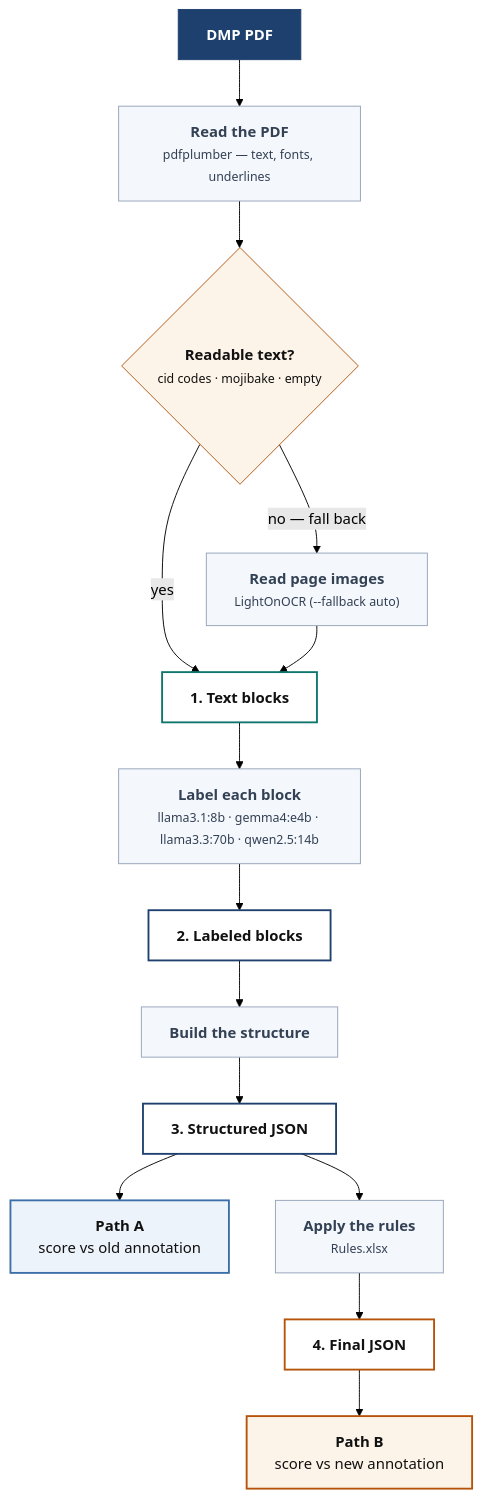
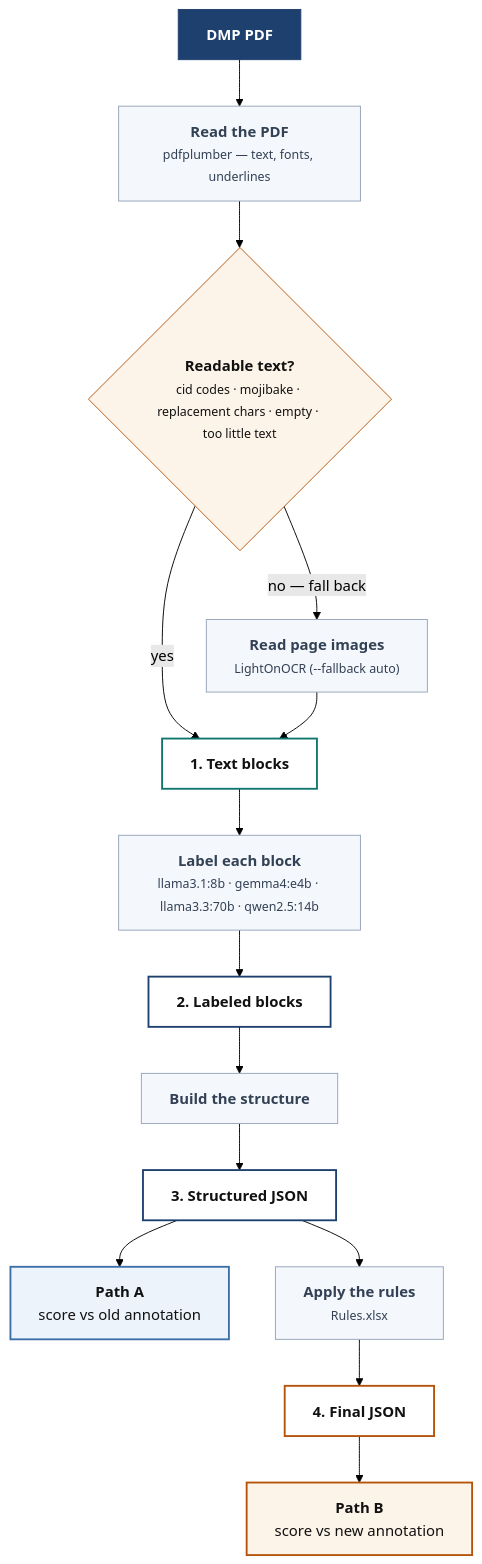
Before and after one commit to fairdataihub/dmpbridge: the diagram in README.md, drawn with Mermaid (forest theme). The commit also changed other lines of this file and 6 other files, not shown here.

````diff
--- a/README.md
+++ b/README.md
@@ -16,37 +16,37 @@
 ```mermaid
 flowchart TD
     PDF["<b>DMP PDF</b>"]
 
     PDF --> READ["<b>Read the PDF</b><br/><small>pdfplumber — text, fonts, underlines</small>"]
-    READ --> CHECK{"<b>Readable text?</b><br/><small>cid codes · mojibake · empty</small>"}
+    READ --> CHECK{"<b>Readable text?</b><br/><small>cid codes · mojibake · replacement chars · empty · too little text</small>"}
     CHECK -- yes --> S1["<b>1. Text blocks</b>"]
     CHECK -- "no — fall back" --> OCR["<b>Read page images</b><br/><small>LightOnOCR (--fallback auto)</small>"]
     OCR --> S1
     S1 --> LABEL["<b>Label each block</b><br/><small>llama3.1:8b · gemma4:e4b · llama3.3:70b · qwen2.5:14b</small>"]
     LABEL --> S2["<b>2. Labeled blocks</b>"]
     S2 --> BUILD["<b>Build the structure</b>"]
     BUILD --> S3["<b>3. Structured JSON</b>"]
 
     S3 --> PATHA["<b>Path A</b><br/>score vs old annotation"]
     S3 --> RULES["<b>Apply the rules</b><br/><small>Rules.xlsx</small>"]
     RULES --> S4["<b>4. Final JSON</b>"]
     S4 --> PATHB["<b>Path B</b><br/>score vs new annotation"]
 
     classDef input  fill:#1E406E,stroke:#1E406E,color:#ffffff
     classDef step   fill:#F4F7FB,stroke:#94A3B8,stroke-width:1px,color:#334155
     classDef cached fill:#ffffff,stroke:#0F766E,stroke-width:2px,color:#111
     classDef data   fill:#ffffff,stroke:#1E406E,stroke-width:2px,color:#111
     classDef rules  fill:#ffffff,stroke:#B45309,stroke-width:2px,color:#111
     classDef pathA  fill:#EDF3FA,stroke:#3C6FA8,stroke-width:2px,color:#111
     classDef pathB  fill:#FDF4E9,stroke:#B45309,stroke-width:2px,color:#111
     classDef check  fill:#FDF4E9,stroke:#B45309,stroke-width:1px,color:#111
 
     class PDF input
     class READ,LABEL,BUILD,RULES,OCR step
     class CHECK check
     class S1 cached
     class S2,S3 data
     class S4 rules
     class PATHA pathA
     class PATHB pathB
 ```
````
